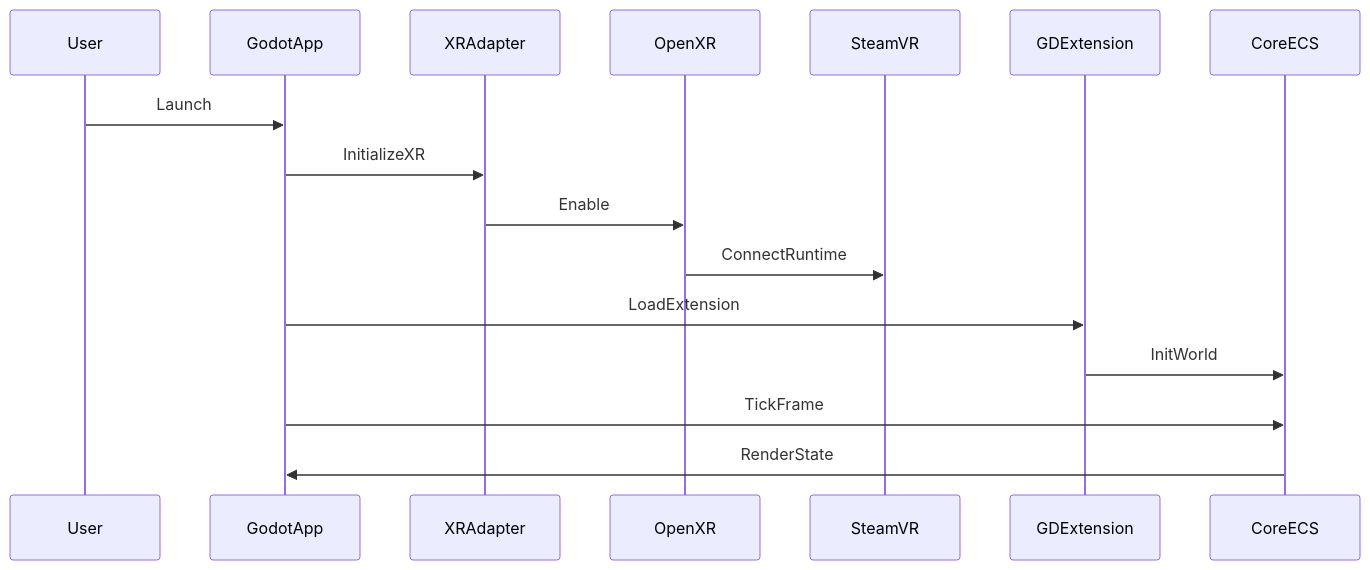
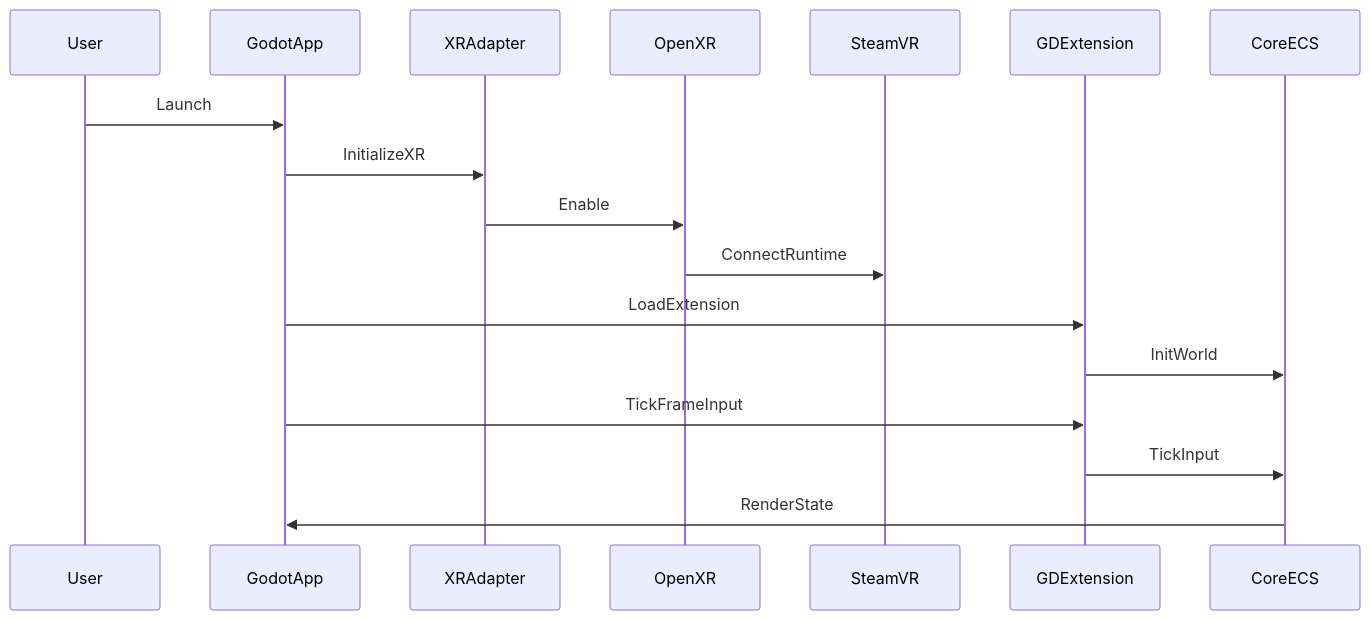
One commit to See2et/bakopa-vr changed the second of 2 diagrams in docs/specs/minimal-godot-client/design.md. Above: the diagram before and after it, drawn with Mermaid. The commit also changed other lines of this file and 2 other files, not shown here.

````diff
--- a/docs/specs/minimal-godot-client/design.md
+++ b/docs/specs/minimal-godot-client/design.md
@@ -76,19 +77,20 @@
 ```mermaid
 sequenceDiagram
     participant User
     participant GodotApp
     participant XRAdapter
     participant OpenXR
     participant SteamVR
     participant GDExtension
     participant CoreECS
 
     User->>GodotApp: Launch
     GodotApp->>XRAdapter: InitializeXR
     XRAdapter->>OpenXR: Enable
     OpenXR->>SteamVR: ConnectRuntime
     GodotApp->>GDExtension: LoadExtension
     GDExtension->>CoreECS: InitWorld
-    GodotApp->>CoreECS: TickFrame
+    GodotApp->>GDExtension: TickFrameInput
+    GDExtension->>CoreECS: TickInput
     CoreECS->>GodotApp: RenderState
 ```
````
